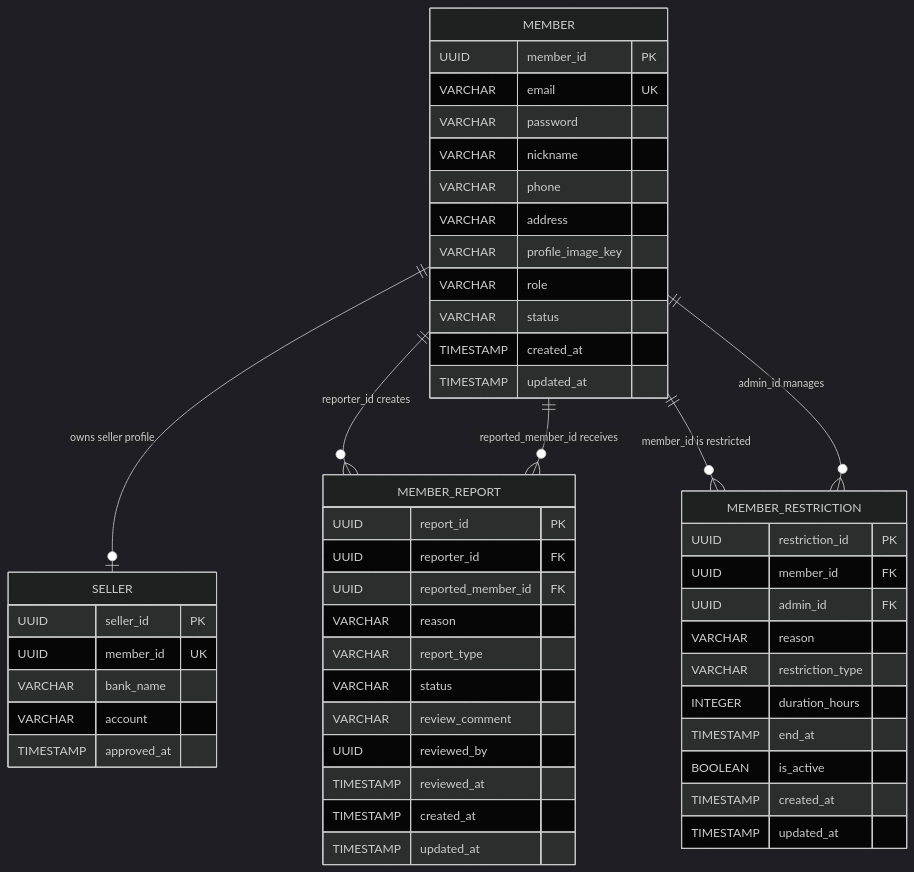
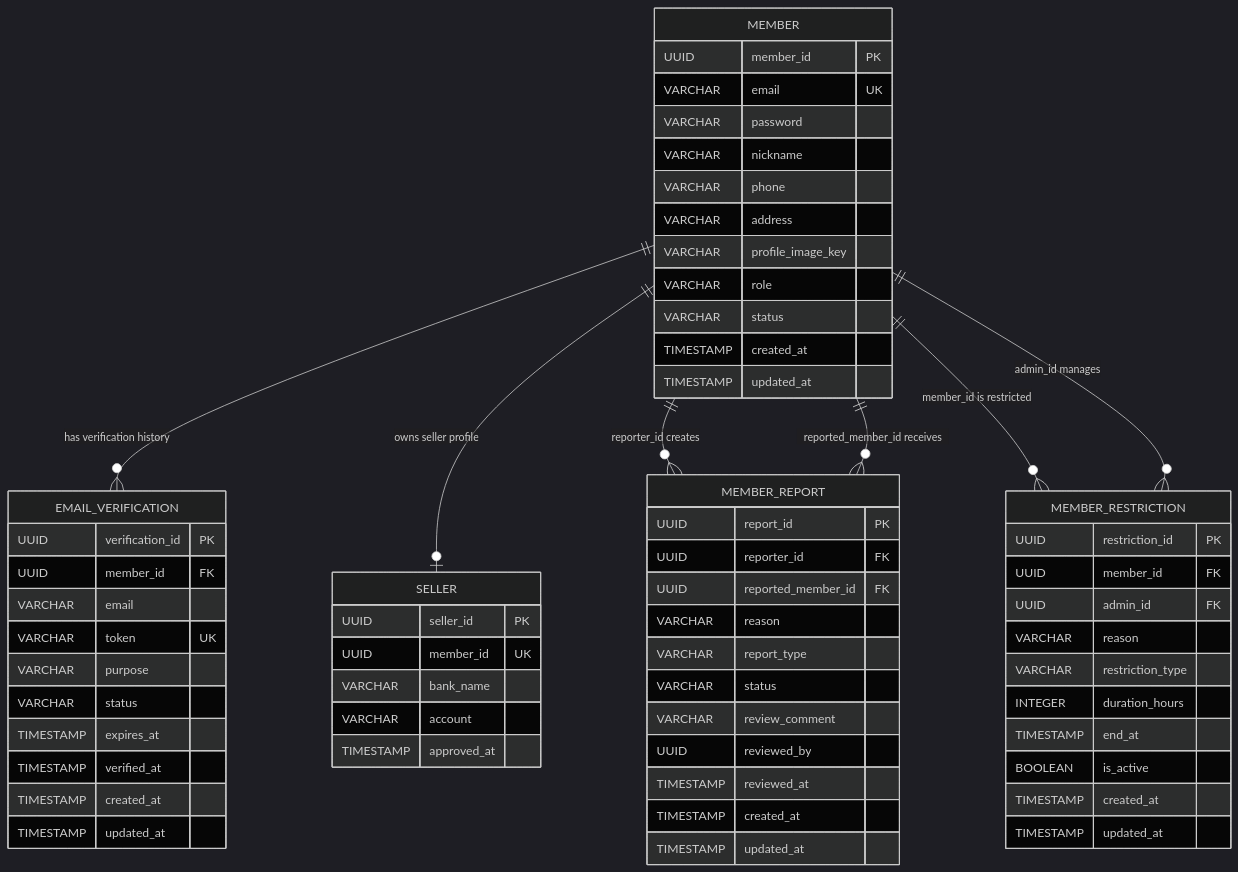
One commit to sihoney/GoodsMall_BE changed the diagram in member/docs/ERD.md. Above: the diagram before and after it, drawn with Mermaid (dark theme). The commit also changed other lines of this file and 4 other files, not shown here.

````diff
--- a/member/docs/ERD.md
+++ b/member/docs/ERD.md
@@ -4,57 +4,71 @@
 ```mermaid
 erDiagram
     MEMBER {
         UUID member_id PK
         VARCHAR email UK
         VARCHAR password
         VARCHAR nickname
         VARCHAR phone
         VARCHAR address
         VARCHAR profile_image_key
         VARCHAR role
         VARCHAR status
+        TIMESTAMP created_at
+        TIMESTAMP updated_at
+    }
+
+    EMAIL_VERIFICATION {
+        UUID verification_id PK
+        UUID member_id FK
+        VARCHAR email
+        VARCHAR token UK
+        VARCHAR purpose
+        VARCHAR status
+        TIMESTAMP expires_at
+        TIMESTAMP verified_at
         TIMESTAMP created_at
         TIMESTAMP updated_at
     }
 
     SELLER {
         UUID seller_id PK
         UUID member_id UK
         VARCHAR bank_name
         VARCHAR account
         TIMESTAMP approved_at
     }
 
     MEMBER_REPORT {
         UUID report_id PK
         UUID reporter_id FK
         UUID reported_member_id FK
         VARCHAR reason
         VARCHAR report_type
         VARCHAR status
         VARCHAR review_comment
         UUID reviewed_by
         TIMESTAMP reviewed_at
         TIMESTAMP created_at
         TIMESTAMP updated_at
     }
 
     MEMBER_RESTRICTION {
         UUID restriction_id PK
         UUID member_id FK
         UUID admin_id FK
         VARCHAR reason
         VARCHAR restriction_type
         INTEGER duration_hours
         TIMESTAMP end_at
         BOOLEAN is_active
         TIMESTAMP created_at
         TIMESTAMP updated_at
     }
 
+    MEMBER ||--o{ EMAIL_VERIFICATION : "has verification history"
     MEMBER ||--o| SELLER : "owns seller profile"
     MEMBER ||--o{ MEMBER_REPORT : "reporter_id creates"
     MEMBER ||--o{ MEMBER_REPORT : "reported_member_id receives"
     MEMBER ||--o{ MEMBER_RESTRICTION : "member_id is restricted"
     MEMBER ||--o{ MEMBER_RESTRICTION : "admin_id manages"
 ```
````
